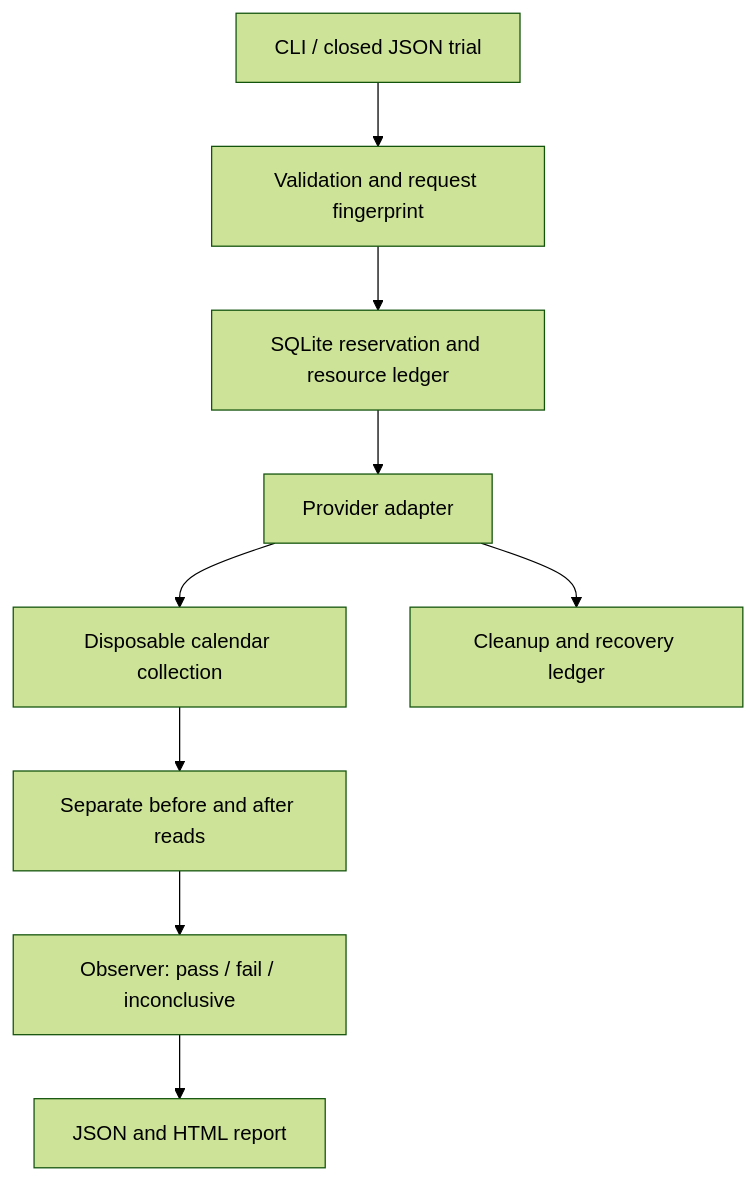
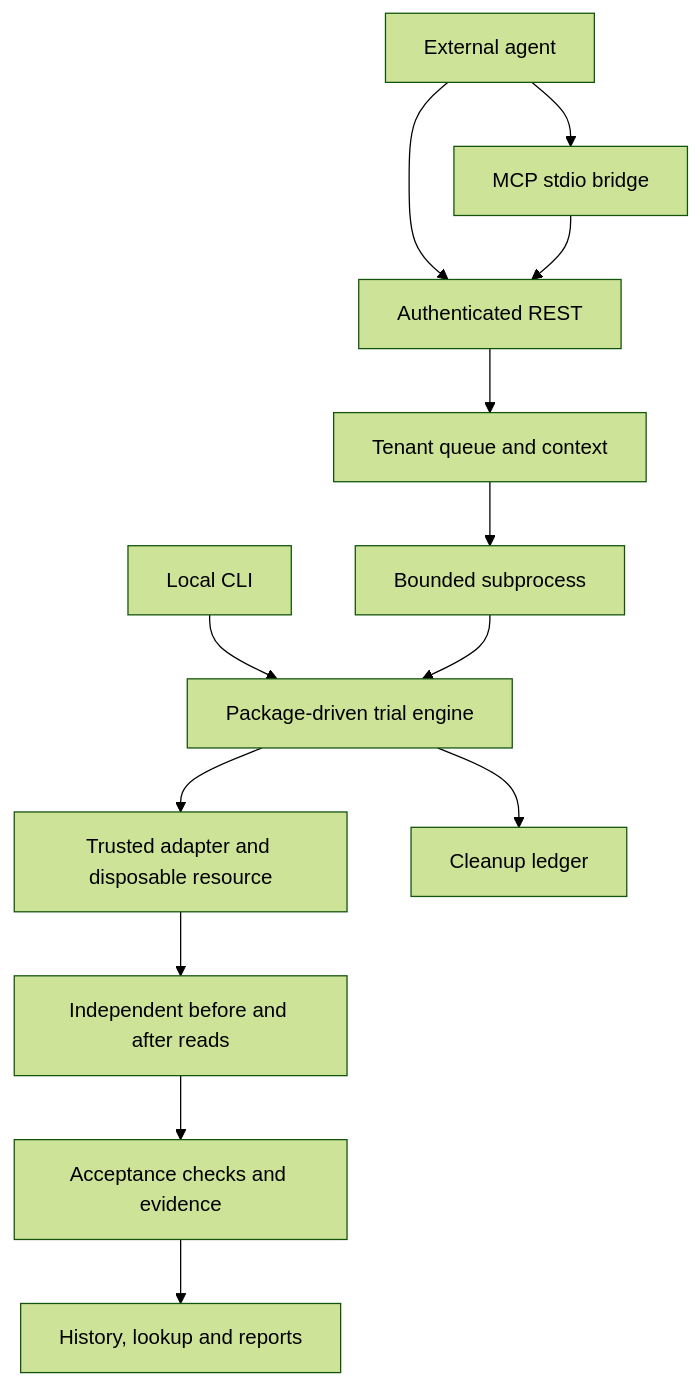
Before and after one commit to eturkok/proofbeak: the diagram in docs/architecture.md, drawn with Mermaid (forest theme). The commit also changed other lines of this file and 7 other files, not shown here.

Commit message:
test: verify chart network policy using real Calico traffic

````diff
--- a/docs/architecture.md
+++ b/docs/architecture.md
@@ -7,11 +8,15 @@
 ```mermaid
 flowchart TD
-    C["CLI / closed JSON trial"] --> V["Validation and request fingerprint"]
-    V --> S["SQLite reservation and resource ledger"]
-    S --> A["Provider adapter"]
-    A --> P["Disposable calendar collection"]
-    P --> O["Separate before and after reads"]
-    O --> E["Observer: pass / fail / inconclusive"]
-    E --> R["JSON and HTML report"]
-    A --> L["Cleanup and recovery ledger"]
+    A["External agent"] --> M["MCP stdio bridge"]
+    A --> H["Authenticated REST"]
+    M --> H
+    H --> Q["Tenant queue and context"]
+    Q --> W["Bounded subprocess"]
+    C["Local CLI"] --> E["Package-driven trial engine"]
+    W --> E
+    E --> P["Trusted adapter and disposable resource"]
+    P --> O["Independent before and after reads"]
+    O --> R["Acceptance checks and evidence"]
+    E --> L["Cleanup ledger"]
+    R --> S["History, lookup and reports"]
 ```
````
